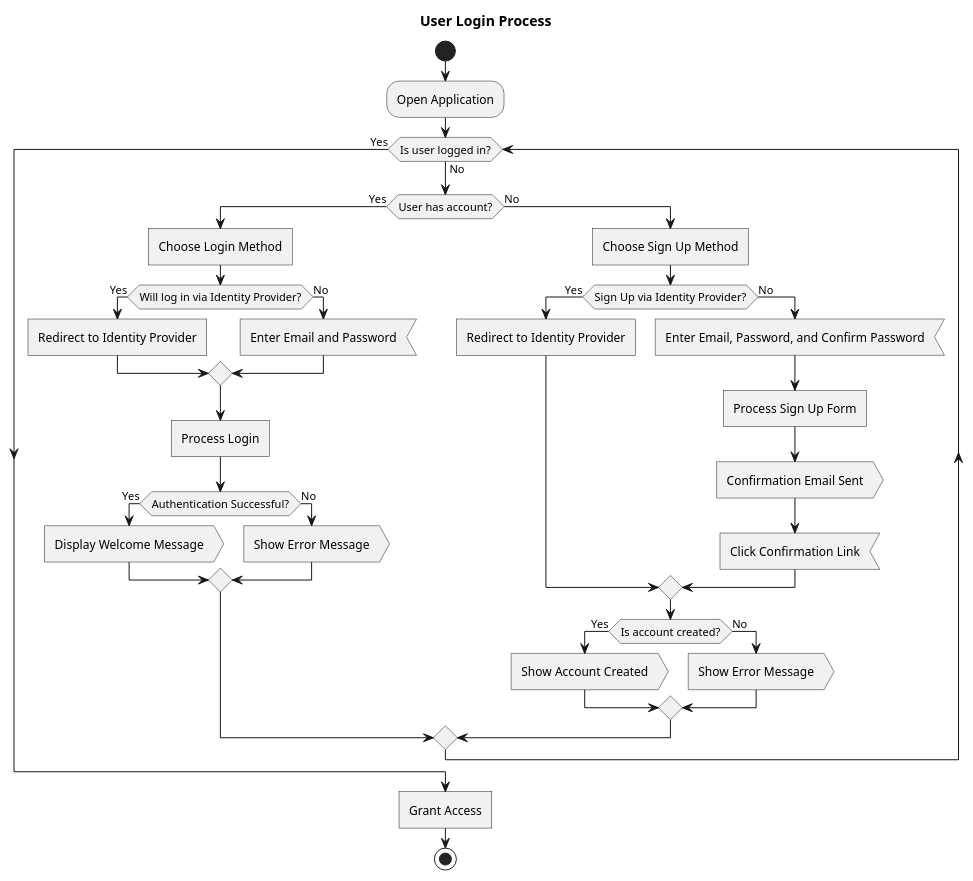
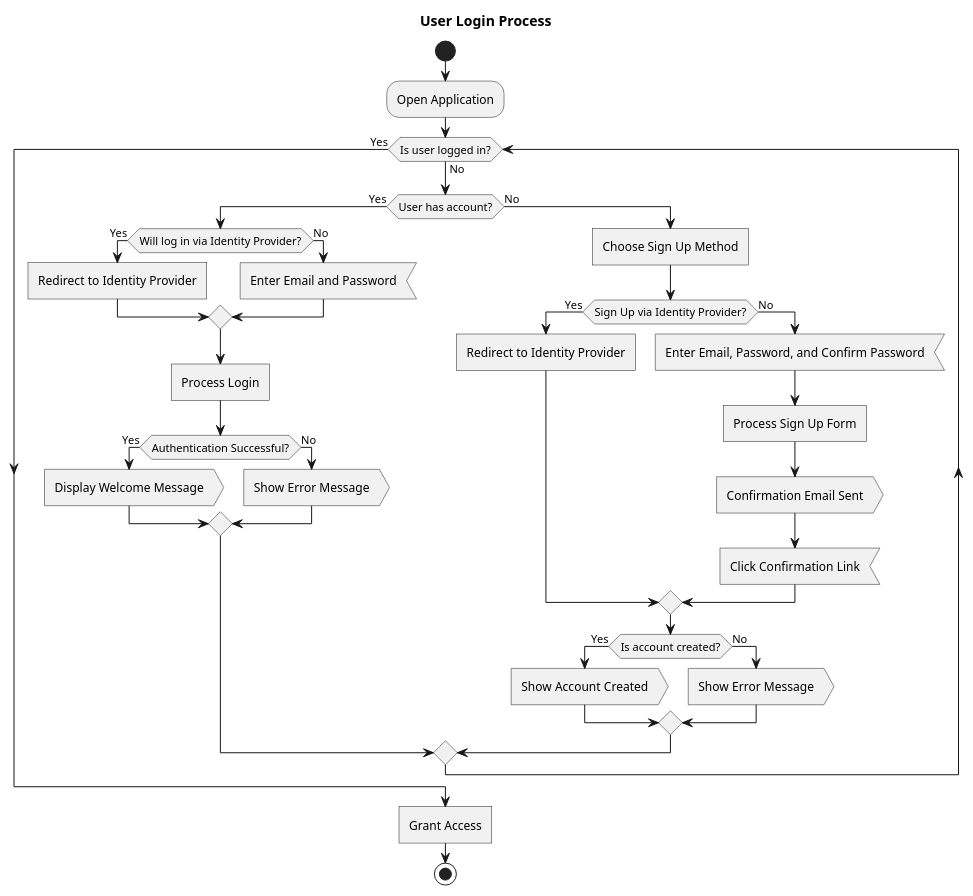
One commit to Guilderm/SnowballPlanner changed the second of 3 diagrams in Documents/Product Requirements Document (PRD).md. Above: the diagram before and after it, drawn with PlantUML. The commit also changed other lines of this file and 2 other files, not shown here.

````diff
--- a/Documents/Product Requirements Document (PRD).md
+++ b/Documents/Product Requirements Document (PRD).md
@@ -425,49 +425,48 @@
 ```plantuml:
 @startuml
 title User Login Process
 
 start
 :Open Application;
 
 while (Is user logged in?) is (No)
   if (User has account?) then (Yes)
-    :Choose Login Method; <<task>>
     
     if (Will log in via Identity Provider?) then (Yes)
       :Redirect to Identity Provider; <<task>>
     else (No)
       :Enter Email and Password; <<input>>
     endif
 
     :Process Login; <<task>>
     if (Authentication Successful?) then (Yes)
       :Display Welcome Message; <<output>>
     else (No)
       :Show Error Message; <<output>>
     endif
 
   else (No)
     :Choose Sign Up Method; <<task>>
 
     if (Sign Up via Identity Provider?) then (Yes)
       :Redirect to Identity Provider; <<task>>
     else (No)
       :Enter Email, Password, and Confirm Password; <<input>>
       :Process Sign Up Form; <<task>>
       :Confirmation Email Sent; <<output>>
       :Click Confirmation Link; <<input>>
     endif
     
     if (Is account created?) then (Yes)
       :Show Account Created; <<output>>
     else (No)
       :Show Error Message; <<output>>
     endif
   endif
 
 endwhile (Yes)
 
 :Grant Access; <<task>>
 stop
 @enduml
 ```
````
